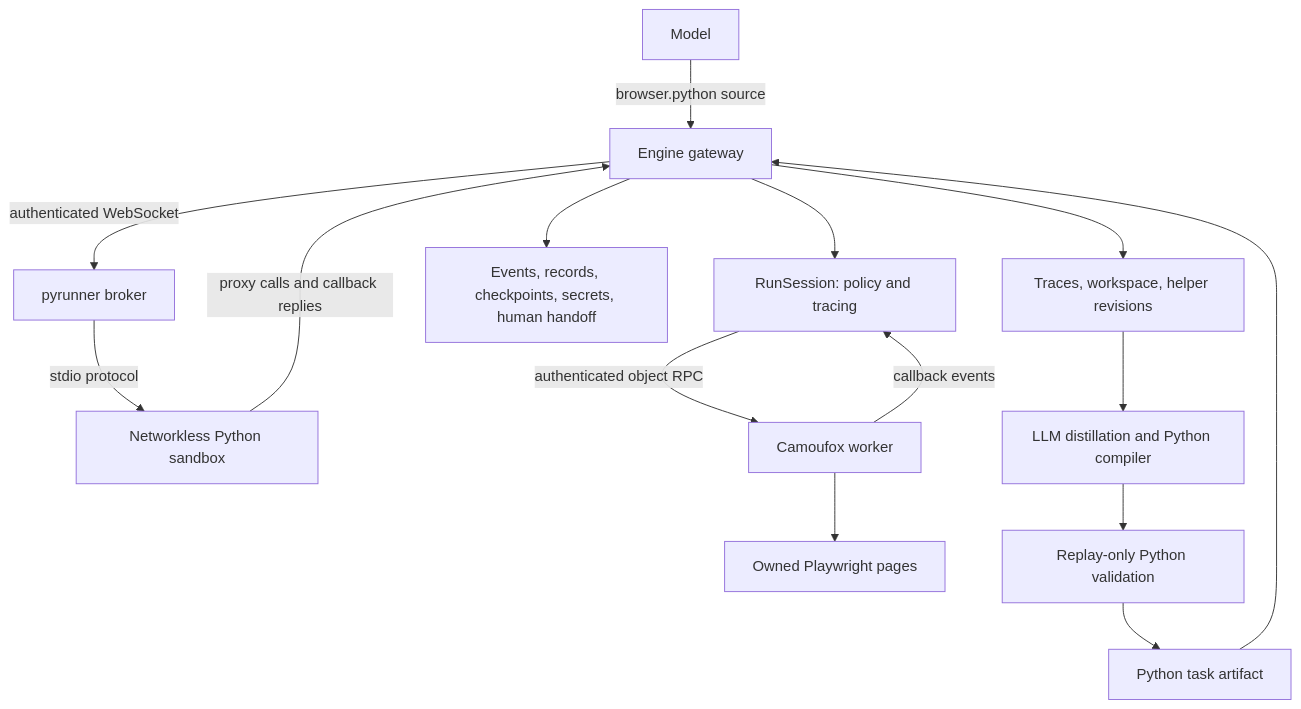
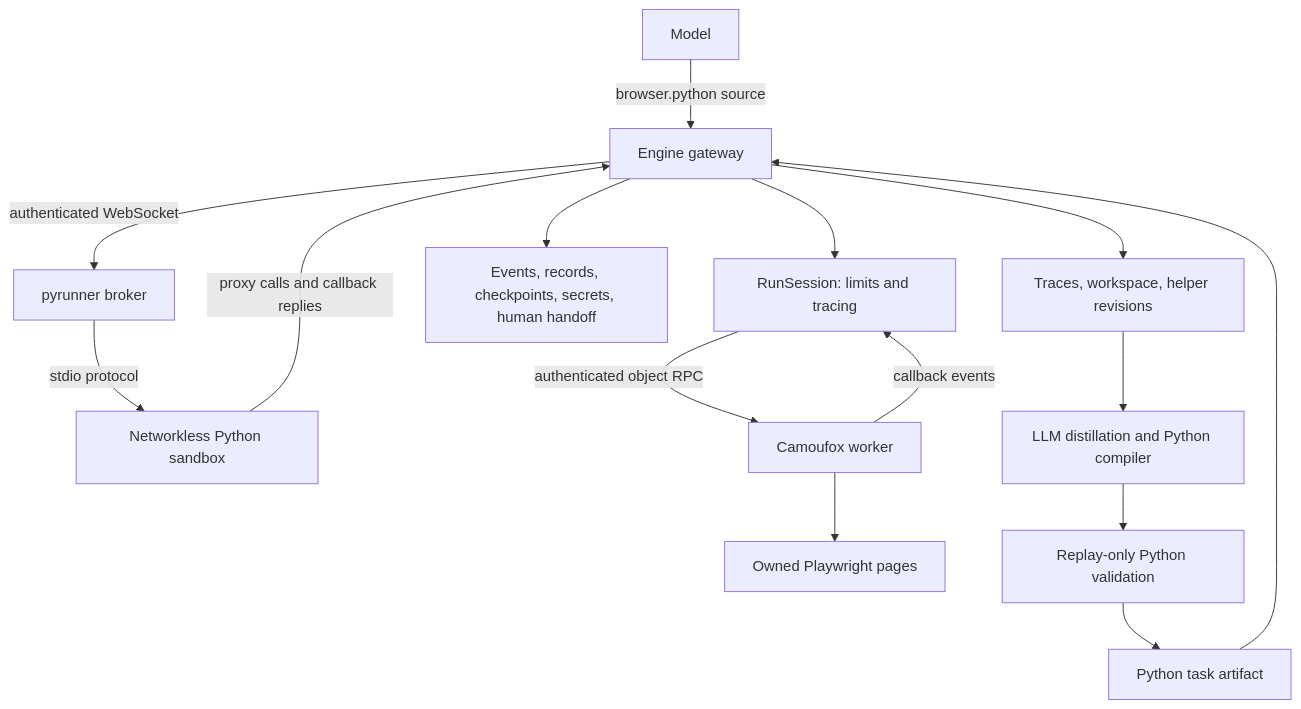
The diagram in docs/harness-summary.md (ammarbinfaisal/tabductor), drawn with Mermaid before and after one commit. The commit also changed other lines of this file and 52 other files, not shown here.

````diff
--- a/docs/harness-summary.md
+++ b/docs/harness-summary.md
@@ -9,17 +9,17 @@
 ```mermaid
 flowchart TD
   Model -->|browser.python source| Gateway[Engine gateway]
   Gateway -->|authenticated WebSocket| Broker[pyrunner broker]
   Broker -->|stdio protocol| Python[Networkless Python sandbox]
   Python -->|proxy calls and callback replies| Gateway
-  Gateway --> Session[RunSession: policy and tracing]
+  Gateway --> Session[RunSession: limits and tracing]
   Session -->|authenticated object RPC| Worker[Camoufox worker]
   Worker --> Browser[Owned Playwright pages]
   Worker -->|callback events| Session
   Gateway --> Workflow[Events, records, checkpoints, secrets, human handoff]
   Gateway --> Evidence[Traces, workspace, helper revisions]
   Evidence --> Compiler[LLM distillation and Python compiler]
   Compiler --> Replay[Replay-only Python validation]
   Replay --> Artifact[Python task artifact]
   Artifact --> Gateway
 ```
````
